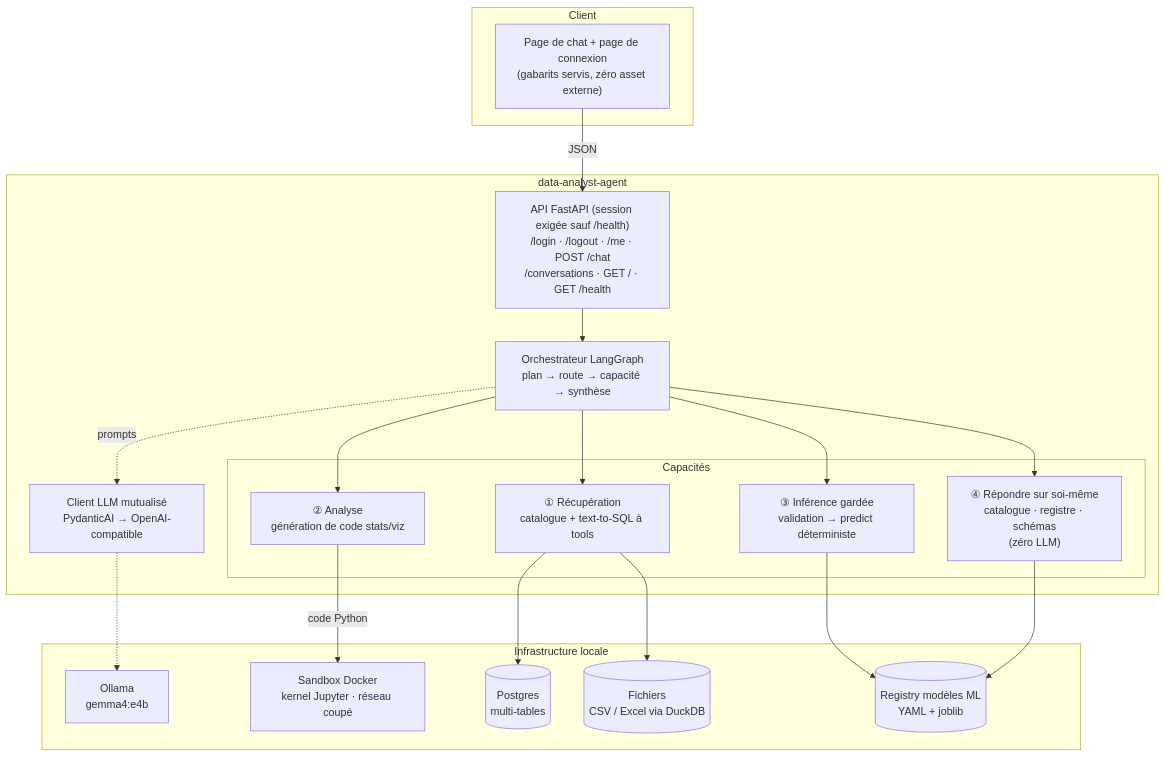
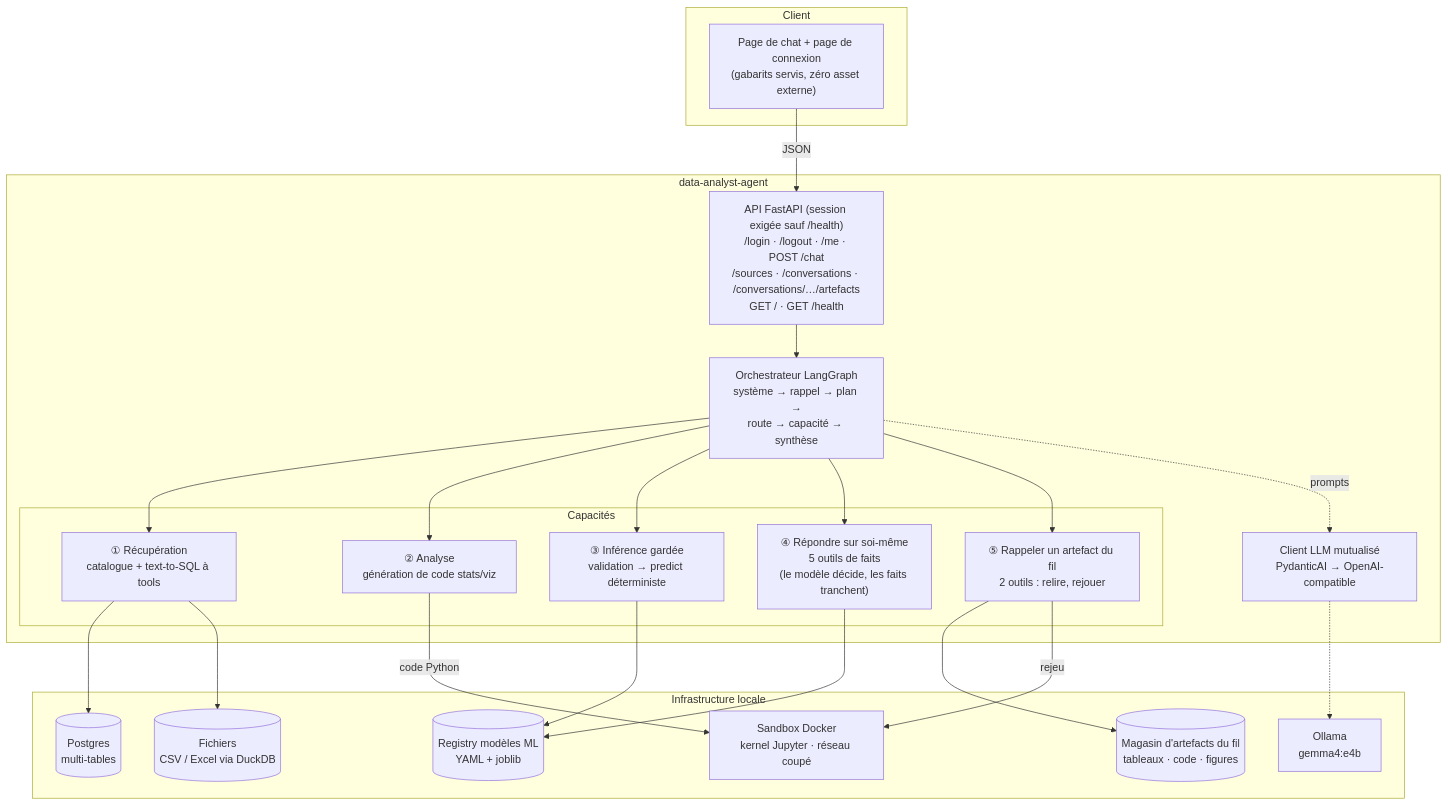
Before and after one commit to floSa/data-analyst-agent: the first of 3 diagrams in docs/ARCHITECTURE.md, drawn with Mermaid. The commit also changed other lines of this file and 1 other file, not shown here.

````diff
--- a/docs/ARCHITECTURE.md
+++ b/docs/ARCHITECTURE.md
@@ -26,35 +26,39 @@
 ```mermaid
 flowchart TB
     subgraph client["Client"]
         UI["Page de chat + page de connexion<br/>(gabarits servis, zéro asset externe)"]
     end
 
     subgraph app["data-analyst-agent"]
-        API["API FastAPI (session exigée sauf /health)<br/>/login · /logout · /me · POST /chat<br/>/conversations · GET / · GET /health"]
-        ORCH["Orchestrateur LangGraph<br/>plan → route → capacité → synthèse"]
+        API["API FastAPI (session exigée sauf /health)<br/>/login · /logout · /me · POST /chat<br/>/sources · /conversations · /conversations/…/artefacts<br/>GET / · GET /health"]
+        ORCH["Orchestrateur LangGraph<br/>système → rappel → plan →<br/>route → capacité → synthèse"]
         LLM["Client LLM mutualisé<br/>PydanticAI → OpenAI-compatible"]
 
         subgraph caps["Capacités"]
             RET["① Récupération<br/>catalogue + text-to-SQL à tools"]
             ANA["② Analyse<br/>génération de code stats/viz"]
             INF["③ Inférence gardée<br/>validation → predict déterministe"]
-            SYS["④ Répondre sur soi-même<br/>catalogue · registre · schémas<br/>(zéro LLM)"]
+            SYS["④ Répondre sur soi-même<br/>5 outils de faits<br/>(le modèle décide, les faits tranchent)"]
+            RAP["⑤ Rappeler un artefact du fil<br/>2 outils : relire, rejouer"]
         end
     end
 
     subgraph infra["Infrastructure locale"]
         OLLAMA["Ollama<br/>gemma4:e4b"]
         SBX["Sandbox Docker<br/>kernel Jupyter · réseau coupé"]
         PG[("Postgres<br/>multi-tables")]
         FILES[("Fichiers<br/>CSV / Excel via DuckDB")]
         REG[("Registry modèles ML<br/>YAML + joblib")]
+        WS[("Magasin d'artefacts du fil<br/>tableaux · code · figures")]
     end
 
     UI -->|JSON| API --> ORCH
-    ORCH --> RET & ANA & INF & SYS
+    ORCH --> RET & ANA & INF & SYS & RAP
     ORCH -.->|prompts| LLM -.-> OLLAMA
     RET --> PG & FILES
     ANA -->|code Python| SBX
     INF --> REG
     SYS --> REG
+    RAP --> WS
+    RAP -->|rejeu| SBX
 ```
````
